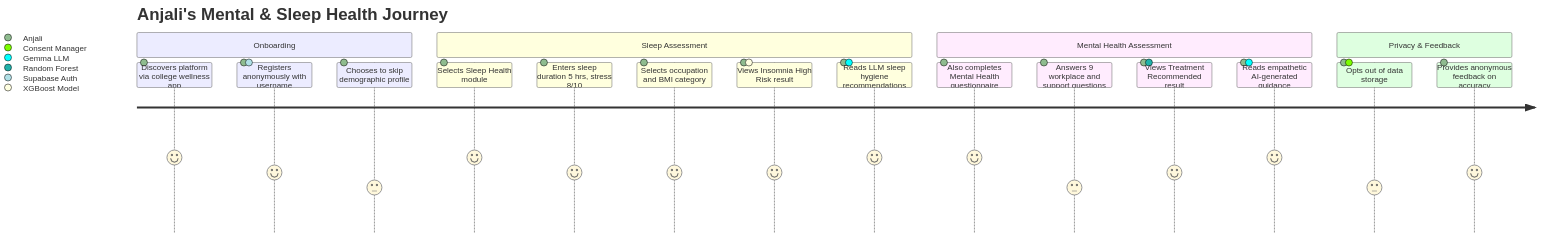
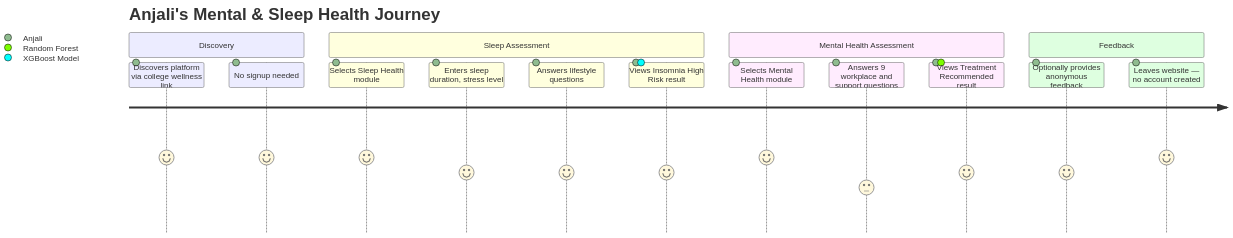
Before and after one commit to Subhadip-Paul2006/HealthCare-Model: the third of 12 diagrams in docs/PRD.md, drawn with Mermaid. The commit also changed other lines of this file, not shown here.

````diff
--- a/docs/PRD.md
+++ b/docs/PRD.md
@@ -141,22 +190,19 @@
 ```mermaid
 journey
     title Anjali's Mental & Sleep Health Journey
-    section Onboarding
-      Discovers platform via college wellness app: 5: Anjali
-      Registers anonymously with username: 4: Anjali, Supabase Auth
-      Chooses to skip demographic profile: 3: Anjali
+    section Discovery
+      Discovers platform via college wellness link: 5: Anjali
+      No signup needed: 5: Anjali
     section Sleep Assessment
       Selects Sleep Health module: 5: Anjali
-      Enters sleep duration 5 hrs, stress 8/10: 4: Anjali
-      Selects occupation and BMI category: 4: Anjali
+      Enters sleep duration, stress level: 4: Anjali
+      Answers lifestyle questions: 4: Anjali
       Views Insomnia High Risk result: 4: Anjali, XGBoost Model
-      Reads LLM sleep hygiene recommendations: 5: Anjali, Gemma LLM
     section Mental Health Assessment
-      Also completes Mental Health questionnaire: 5: Anjali
+      Selects Mental Health module: 5: Anjali
       Answers 9 workplace and support questions: 3: Anjali
       Views Treatment Recommended result: 4: Anjali, Random Forest
-      Reads empathetic AI-generated guidance: 5: Anjali, Gemma LLM
-    section Privacy & Feedback
-      Opts out of data storage: 3: Anjali, Consent Manager
-      Provides anonymous feedback on accuracy: 4: Anjali
+    section Feedback
+      Optionally provides anonymous feedback: 4: Anjali
+      Leaves website — no account created: 5: Anjali
 ```
````
